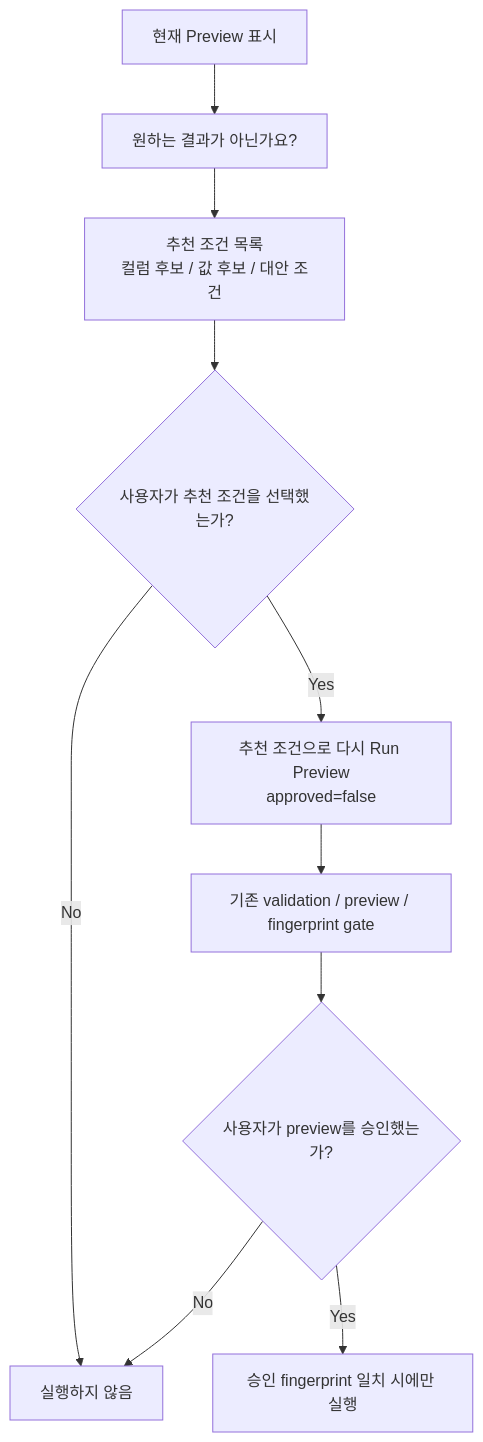
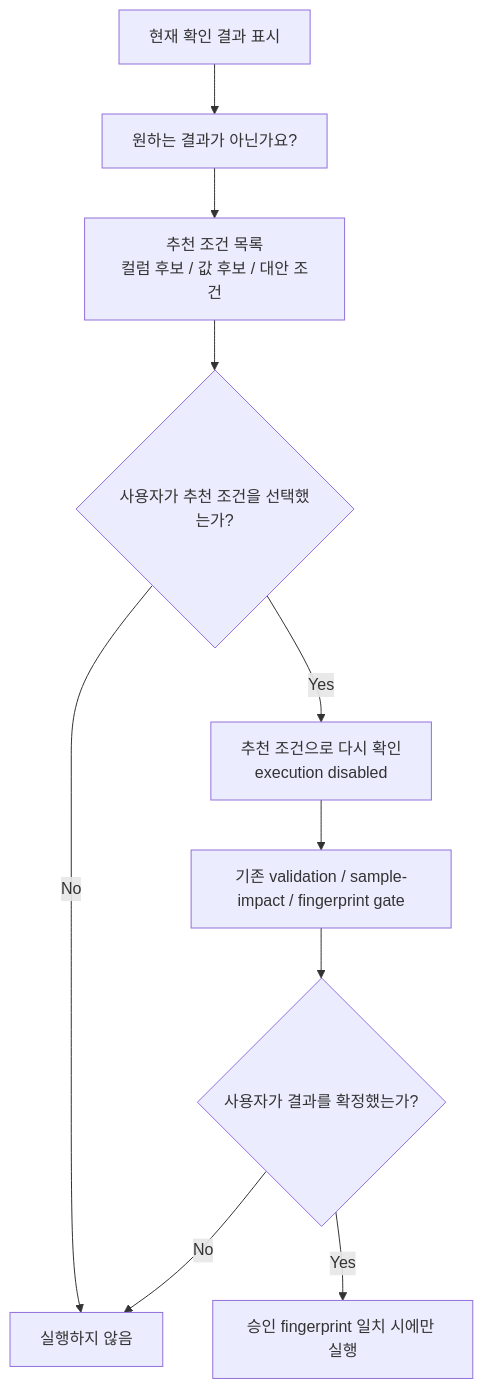
The fourth of 5 diagrams in docs/public/fuzzy_search_recommendation_architecture.md (HRDI0/TextToSQL_by_localLLM), drawn with Mermaid before and after one commit. The commit also changed other lines of this file and 25 other files, not shown here.

````diff
--- a/docs/public/fuzzy_search_recommendation_architecture.md
+++ b/docs/public/fuzzy_search_recommendation_architecture.md
@@ -101,18 +101,18 @@
 ```mermaid
 flowchart TD
-    Preview["현재 Preview 표시"]
+    Preview["현재 확인 결과 표시"]
     Ask["원하는 결과가 아닌가요?"]
     Items["추천 조건 목록\n컬럼 후보 / 값 후보 / 대안 조건"]
     Choose{"사용자가 추천 조건을 선택했는가?"}
-    Rerun["추천 조건으로 다시 Run Preview\napproved=false"]
-    Validate["기존 validation / preview / fingerprint gate"]
-    Approve{"사용자가 preview를 승인했는가?"}
+    Rerun["추천 조건으로 다시 확인\nexecution disabled"]
+    Validate["기존 validation / sample-impact / fingerprint gate"]
+    Approve{"사용자가 결과를 확정했는가?"}
     Execute["승인 fingerprint 일치 시에만 실행"]
     Skip["실행하지 않음"]
 
     Preview --> Ask --> Items --> Choose
     Choose -- "No" --> Skip
     Choose -- "Yes" --> Rerun --> Validate --> Approve
     Approve -- "No" --> Skip
     Approve -- "Yes" --> Execute
 ```
````
